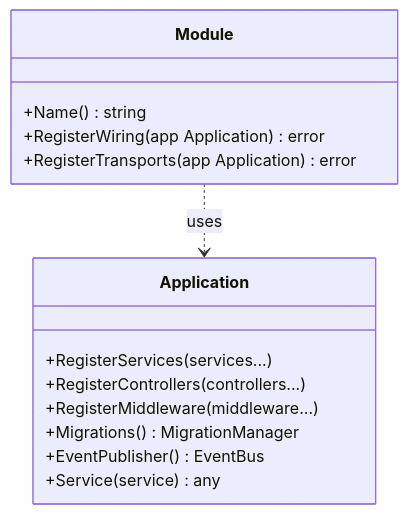
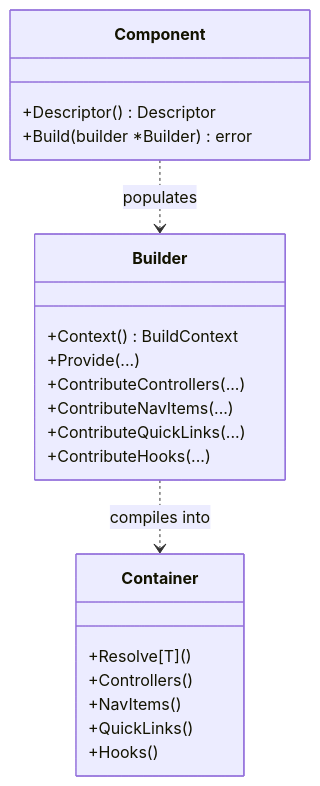
One commit to iota-uz/iota-sdk changed the fifth of 13 diagrams in docs/content/architecture/module-system.mdx. Above: the diagram before and after it, drawn with Mermaid. The commit also changed other lines of this file and 14 other files, not shown here.

````diff
--- a/docs/content/architecture/module-system.mdx
+++ b/docs/content/architecture/module-system.mdx
@@ -112,19 +108,27 @@
 ```mermaid
 classDiagram
-    class Module {
-        +Name() string
-        +RegisterWiring(app Application) error
-        +RegisterTransports(app Application) error
+    class Component {
+        +Descriptor() Descriptor
+        +Build(builder *Builder) error
     }
-    
-    class Application {
-        +RegisterServices(services...)
-        +RegisterControllers(controllers...)
-        +RegisterMiddleware(middleware...)
-        +Migrations() MigrationManager
-        +EventPublisher() EventBus
-        +Service(service) any
+
+    class Builder {
+        +Context() BuildContext
+        +Provide(...)
+        +ContributeControllers(...)
+        +ContributeNavItems(...)
+        +ContributeQuickLinks(...)
+        +ContributeHooks(...)
     }
-    
-    Module ..> Application : uses
+
+    class Container {
+        +Resolve[T]()
+        +Controllers()
+        +NavItems()
+        +QuickLinks()
+        +Hooks()
+    }
+
+    Component ..> Builder : populates
+    Builder ..> Container : compiles into
 ```
````
